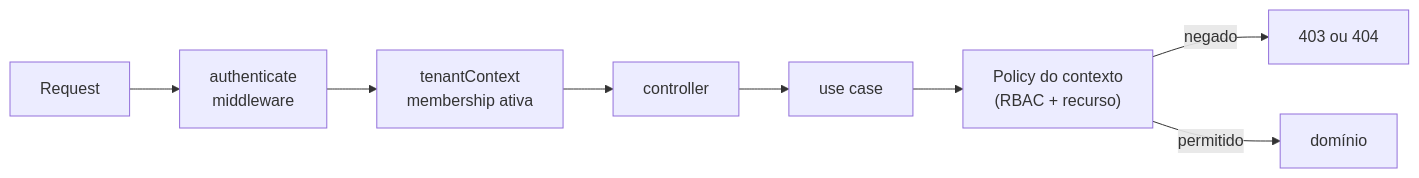
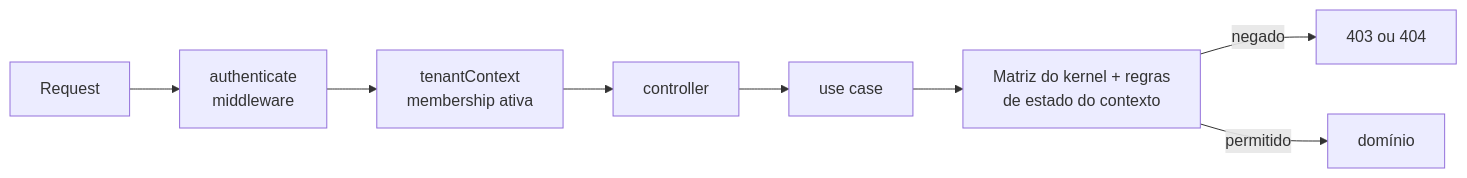
One commit to gutomelo/taskflow changed the diagram in docs/security/authorization.md. Above: the diagram before and after it, drawn with Mermaid. The commit also changed other lines of this file and 83 other files, not shown here.

````diff
--- a/docs/security/authorization.md
+++ b/docs/security/authorization.md
@@ -67,7 +78,7 @@
 ```mermaid
 flowchart LR
     req[Request] --> authn[authenticate<br/>middleware] --> tenant[tenantContext<br/>membership ativa] --> ctrl[controller] --> uc[use case]
-    uc --> policy["Policy do contexto<br/>(RBAC + recurso)"]
+    uc --> policy["Matriz do kernel + regras<br/>de estado do contexto"]
     policy -->|negado| err[403 ou 404]
     policy -->|permitido| domain[domínio]
 ```
````
